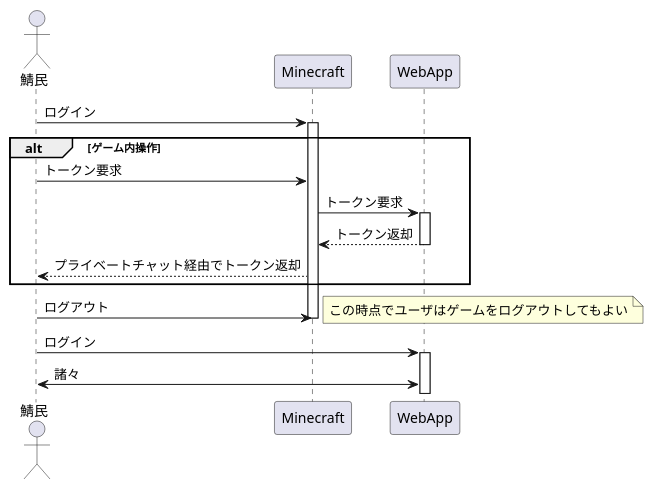
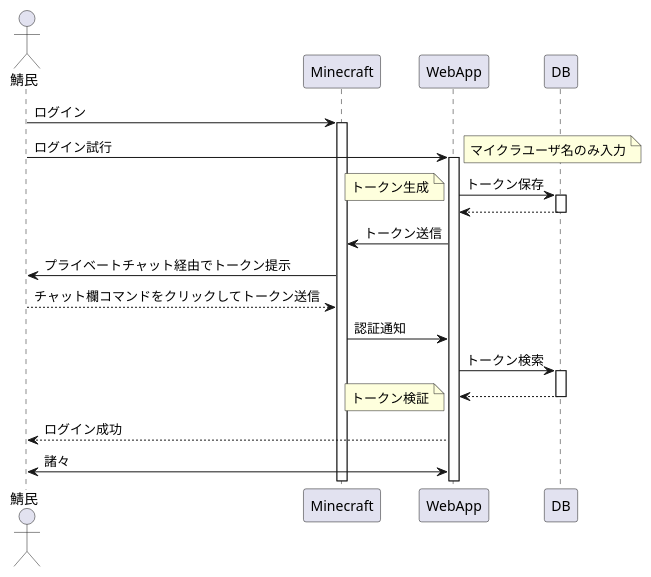
Before and after one commit to QuartzMiner/ccserver.info: the diagram in docs/token_auth_seq.puml, drawn with PlantUML. The commit also changed 2 other files, not shown here.

```diff
--- a/docs/token_auth_seq.puml
+++ b/docs/token_auth_seq.puml
@@ -1,22 +1,26 @@
 @startuml
 actor User as "鯖民"
 User -> Minecraft: ログイン
 activate Minecraft
 
-alt ゲーム内操作
-    User -> Minecraft: トークン要求
-    Minecraft -> WebApp: トークン要求
-    activate WebApp
-    Minecraft <-- WebApp: トークン返却
-    deactivate WebApp
-    User <-- Minecraft: プライベートチャット経由でトークン返却
-end
+User -> WebApp: ログイン試行
+note right: マイクラユーザ名のみ入力
+activate WebApp
+WebApp -> DB: トークン保存
+note left: トークン生成
+activate DB
+return
+deactivate DB
+Minecraft <- WebApp: トークン送信
+User <- Minecraft: プライベートチャット経由でトークン提示
+User --> Minecraft: チャット欄コマンドをクリックしてトークン送信
+Minecraft -> WebApp: 認証通知
+WebApp -> DB: トークン検索
+activate DB
+return
+deactivate DB
+note left: トークン検証
+WebApp --> User: ログイン成功
+User <-> WebApp: 諸々
 
-User -> Minecraft: ログアウト
-deactivate Minecraft
-note right: この時点でユーザはゲームをログアウトしてもよい
-
-User -> WebApp: ログイン
-activate WebApp
-User <-> WebApp: 諸々
 @enduml
```
